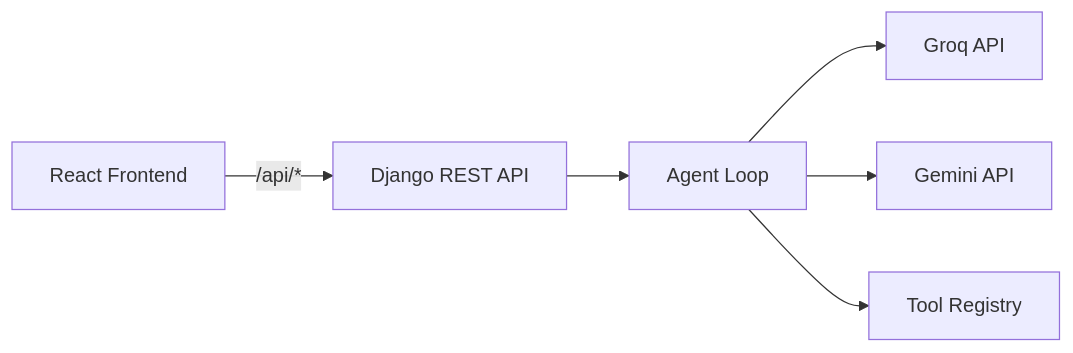
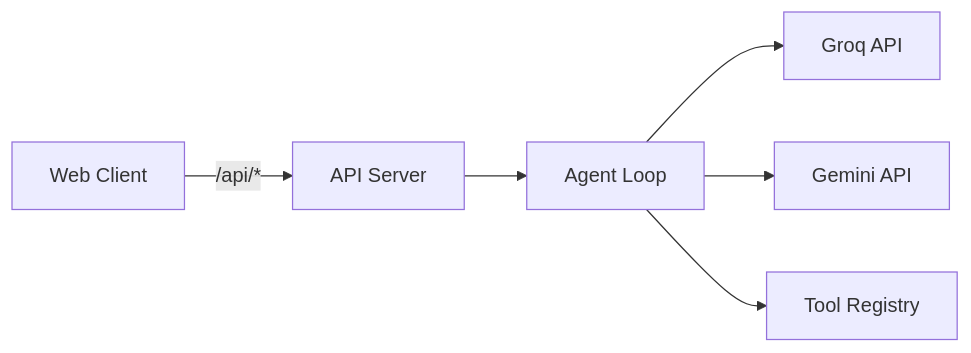
Before and after one commit to imkathir05/Agentic-Ai-Chat-App: the diagram in README.md, drawn with Mermaid. The commit also changed other lines of this file and 60 other files, not shown here.

````diff
--- a/README.md
+++ b/README.md
@@ -7,8 +7,8 @@
 ```mermaid
 flowchart LR
-  UI[React Frontend] -->|/api/*| Django[Django REST API]
-  Django --> Agent[Agent Loop]
+  UI[Web Client] -->|/api/*| API[API Server]
+  API --> Agent[Agent Loop]
   Agent --> Groq[Groq API]
   Agent --> Gemini[Gemini API]
   Agent --> Registry[Tool Registry]
 ```
````
